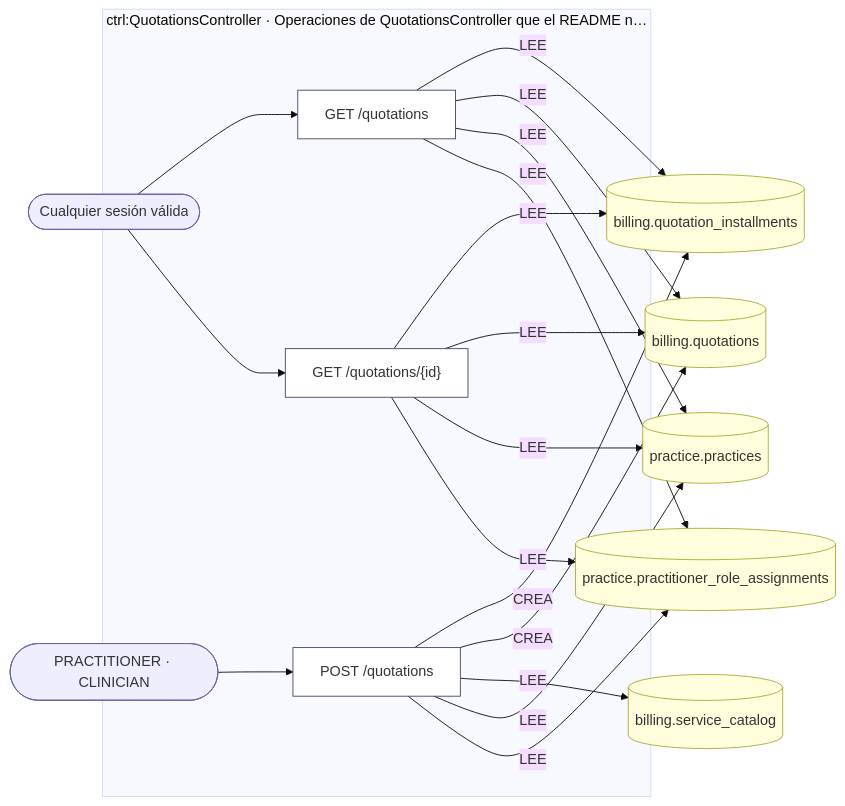
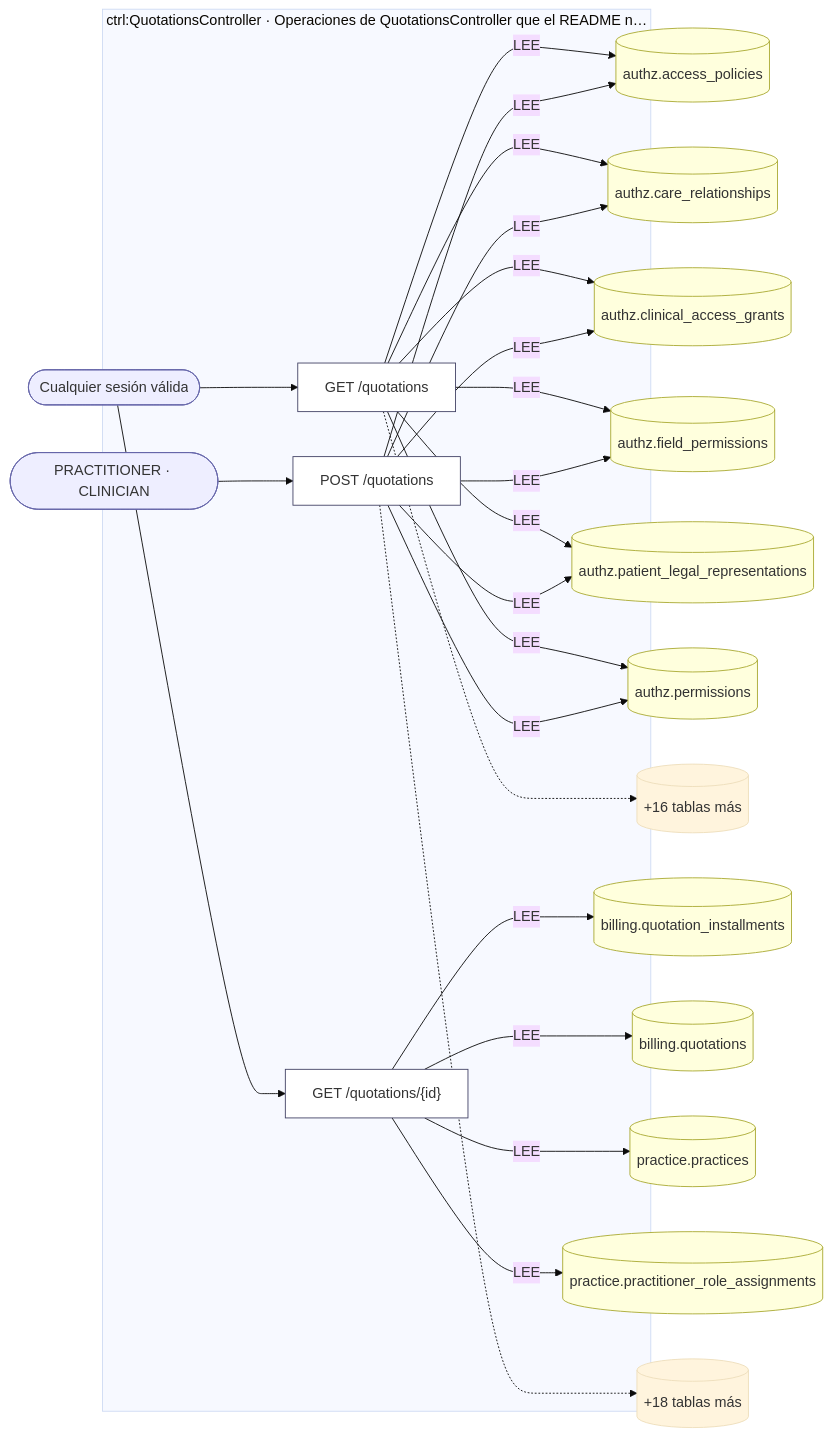
The first of 4 diagrams in docs/inventario/flujos/quotations.md (mdavila-2001/mantra-core-health-api), drawn with Mermaid (base theme) before and after one commit. The commit also changed other lines of this file and 438 other files, not shown here.

````diff
--- a/docs/inventario/flujos/quotations.md
+++ b/docs/inventario/flujos/quotations.md
@@ -32,35 +32,47 @@
 ```mermaid
 flowchart LR
   a2(["Cualquier sesión válida"]):::actor
-  a8(["PRACTITIONER · CLINICIAN"]):::actor
-  t3[("billing.quotation_installments")]:::tabla
-  t4[("billing.quotations")]:::tabla
-  t5[("practice.practices")]:::tabla
-  t6[("practice.practitioner_role_assignments")]:::tabla
-  t9[("billing.service_catalog")]:::tabla
+  a11(["PRACTITIONER · CLINICIAN"]):::actor
+  t3[("authz.access_policies")]:::tabla
+  t4[("authz.care_relationships")]:::tabla
+  t5[("authz.clinical_access_grants")]:::tabla
+  t6[("authz.field_permissions")]:::tabla
+  t7[("authz.patient_legal_representations")]:::tabla
+  t8[("authz.permissions")]:::tabla
+  t14[("billing.quotation_installments")]:::tabla
+  t15[("billing.quotations")]:::tabla
+  t16[("practice.practices")]:::tabla
+  t17[("practice.practitioner_role_assignments")]:::tabla
+  t9[("+16 tablas más")]
+  t12[("+18 tablas más")]
   subgraph s0["ctrl:QuotationsController · Operaciones de QuotationsController que el README n…"]
     o1["GET /quotations"]:::op
-    o7["POST /quotations"]:::op
-    o10["GET /quotations/{id}"]:::op
+    o10["POST /quotations"]:::op
+    o13["GET /quotations/{id}"]:::op
   end
   a2 --> o1
   o1 -->|"LEE"| t3
   o1 -->|"LEE"| t4
   o1 -->|"LEE"| t5
   o1 -->|"LEE"| t6
-  a8 --> o7
-  o7 -->|"CREA"| t3
-  o7 -->|"CREA"| t4
-  o7 -->|"LEE"| t9
-  o7 -->|"LEE"| t5
-  o7 -->|"LEE"| t6
-  a2 --> o10
+  o1 -->|"LEE"| t7
+  o1 -->|"LEE"| t8
+  o1 -.-> t9
+  a11 --> o10
   o10 -->|"LEE"| t3
   o10 -->|"LEE"| t4
   o10 -->|"LEE"| t5
   o10 -->|"LEE"| t6
+  o10 -->|"LEE"| t7
+  o10 -->|"LEE"| t8
+  o10 -.-> t12
+  a2 --> o13
+  o13 -->|"LEE"| t14
+  o13 -->|"LEE"| t15
+  o13 -->|"LEE"| t16
+  o13 -->|"LEE"| t17
   classDef op fill:#fff,stroke:#446
   classDef actor fill:#eef,stroke:#66a
   classDef tabla fill:#ffd,stroke:#aa3
   classDef evento fill:#efe,stroke:#3a3
 ```
````
